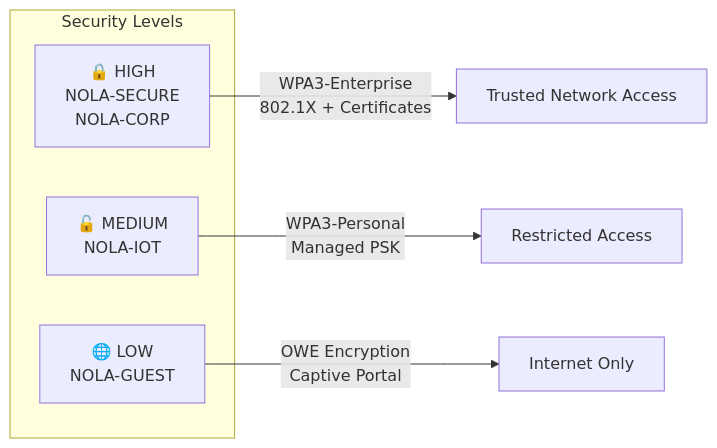
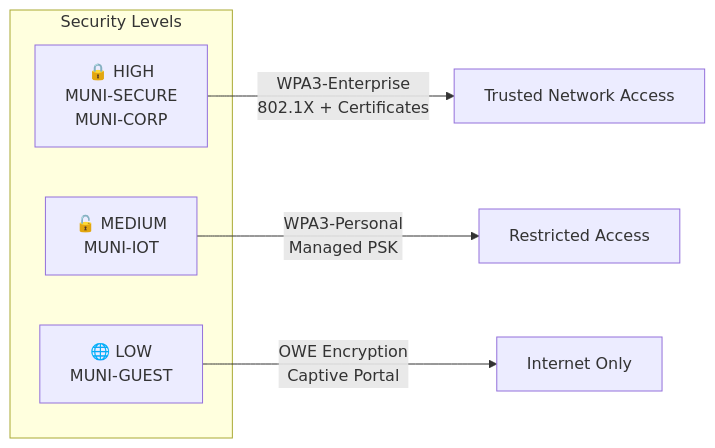
The second of 10 diagrams in docs/wifi/ssid-standards.md (NewOrleansITI/networkstandards), drawn with Mermaid before and after one commit. The commit also changed other lines of this file and 17 other files, not shown here.

````diff
--- a/docs/wifi/ssid-standards.md
+++ b/docs/wifi/ssid-standards.md
@@ -69,12 +69,12 @@
 ```mermaid
 graph LR
     subgraph SECURITY_LEVELS["Security Levels"]
-        HIGH["🔒 HIGH<br/>NOLA-SECURE<br/>NOLA-CORP"]
-        MEDIUM["🔓 MEDIUM<br/>NOLA-IOT"]
-        LOW["🌐 LOW<br/>NOLA-GUEST"]
+        HIGH["🔒 HIGH<br/>MUNI-SECURE<br/>MUNI-CORP"]
+        MEDIUM["🔓 MEDIUM<br/>MUNI-IOT"]
+        LOW["🌐 LOW<br/>MUNI-GUEST"]
     end
 
     HIGH -->|"WPA3-Enterprise<br/>802.1X + Certificates"| TRUSTED[Trusted Network Access]
     MEDIUM -->|"WPA3-Personal<br/>Managed PSK"| RESTRICTED[Restricted Access]
     LOW -->|"OWE Encryption<br/>Captive Portal"| INTERNET[Internet Only]
 ```
````
